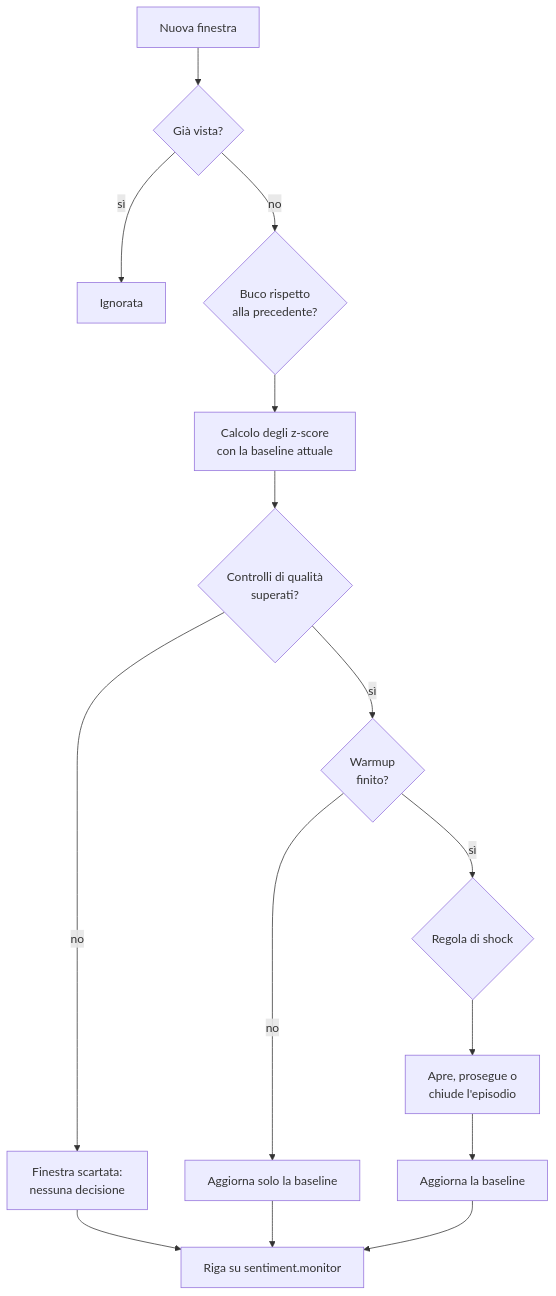
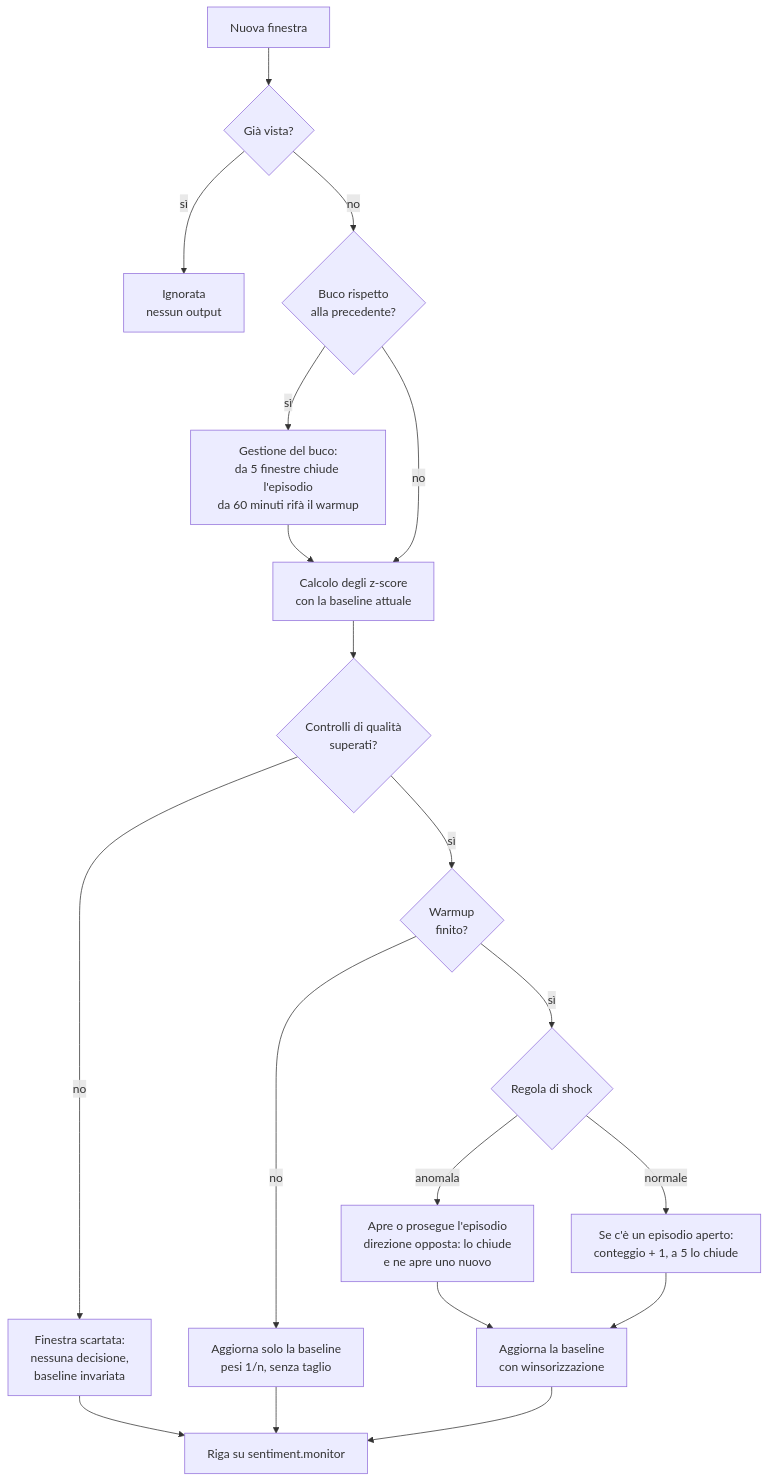
Before and after one commit to fragreco04/bluesky-sentiment-shock-detector: the second of 4 diagrams in relazione/Relazione.md, drawn with Mermaid.

Commit message:
relazione

````diff
--- a/relazione/Relazione.md
+++ b/relazione/Relazione.md
@@ -273,17 +273,21 @@
 ```mermaid
 flowchart TD
     A[Nuova finestra] --> B{Già vista?}
-    B -- sì --> X[Ignorata]
+    B -- sì --> X[Ignorata<br/>nessun output]
     B -- no --> C{Buco rispetto<br/>alla precedente?}
-    C --> D[Calcolo degli z-score<br/>con la baseline attuale]
+    C -- sì --> C2[Gestione del buco:<br/>da 5 finestre chiude l'episodio<br/>da 60 minuti rifà il warmup]
+    C2 --> D
+    C -- no --> D[Calcolo degli z-score<br/>con la baseline attuale]
     D --> E{Controlli di qualità<br/>superati?}
-    E -- no --> F[Finestra scartata:<br/>nessuna decisione]
+    E -- no --> F[Finestra scartata:<br/>nessuna decisione,<br/>baseline invariata]
     E -- sì --> G{Warmup<br/>finito?}
-    G -- no --> H[Aggiorna solo la baseline]
+    G -- no --> H[Aggiorna solo la baseline<br/>pesi 1/n, senza taglio]
     G -- sì --> I{Regola di shock}
-    I --> J[Apre, prosegue o<br/>chiude l'episodio]
-    J --> K[Aggiorna la baseline]
+    I -- anomala --> J1[Apre o prosegue l'episodio<br/>direzione opposta: lo chiude<br/>e ne apre uno nuovo]
+    I -- normale --> J2[Se c'è un episodio aperto:<br/>conteggio + 1, a 5 lo chiude]
+    J1 --> K[Aggiorna la baseline<br/>con winsorizzazione]
+    J2 --> K
     F --> L[Riga su sentiment.monitor]
     H --> L
     K --> L
 ```
````
